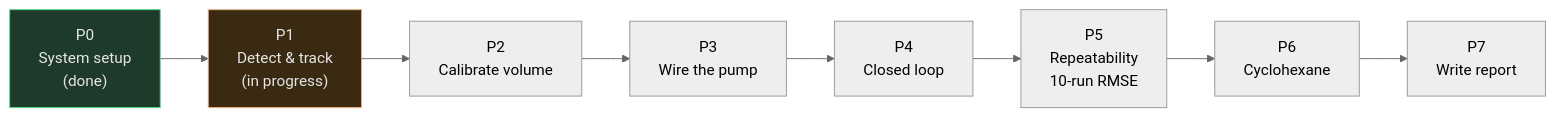
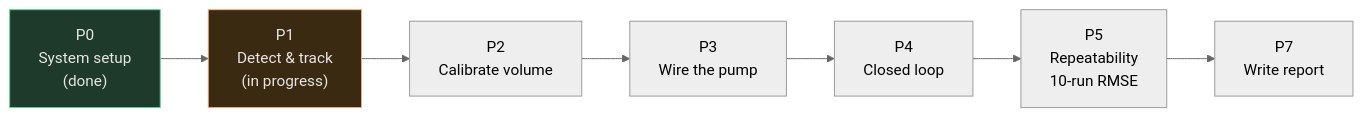
Before and after one commit to Cherrpxp/extractlab: the diagram in docs/developments/01_roadmap.md, drawn with Mermaid (neutral theme). The commit also changed other lines of this file and 9 other files, not shown here.

````diff
--- a/docs/developments/01_roadmap.md
+++ b/docs/developments/01_roadmap.md
@@ -17,15 +19,14 @@
 ```mermaid
 flowchart LR
     P0["P0\nSystem setup\n(done)"] --> P1["P1\nDetect & track\n(in progress)"]
     P1 --> P2["P2\nCalibrate volume"]
     P2 --> P3["P3\nWire the pump"]
     P3 --> P4["P4\nClosed loop"]
     P4 --> P5["P5\nRepeatability\n10-run RMSE"]
-    P5 --> P6["P6\nCyclohexane"]
-    P6 --> P7["P7\nWrite report"]
+    P5 --> P7["P7\nWrite report"]
 
     classDef done fill:#1e3a2a,stroke:#57d98a,color:#e6e6e6
     classDef active fill:#3a2a12,stroke:#f0b085,color:#e6e6e6
     class P0 done
     class P1 active
 ```
````
